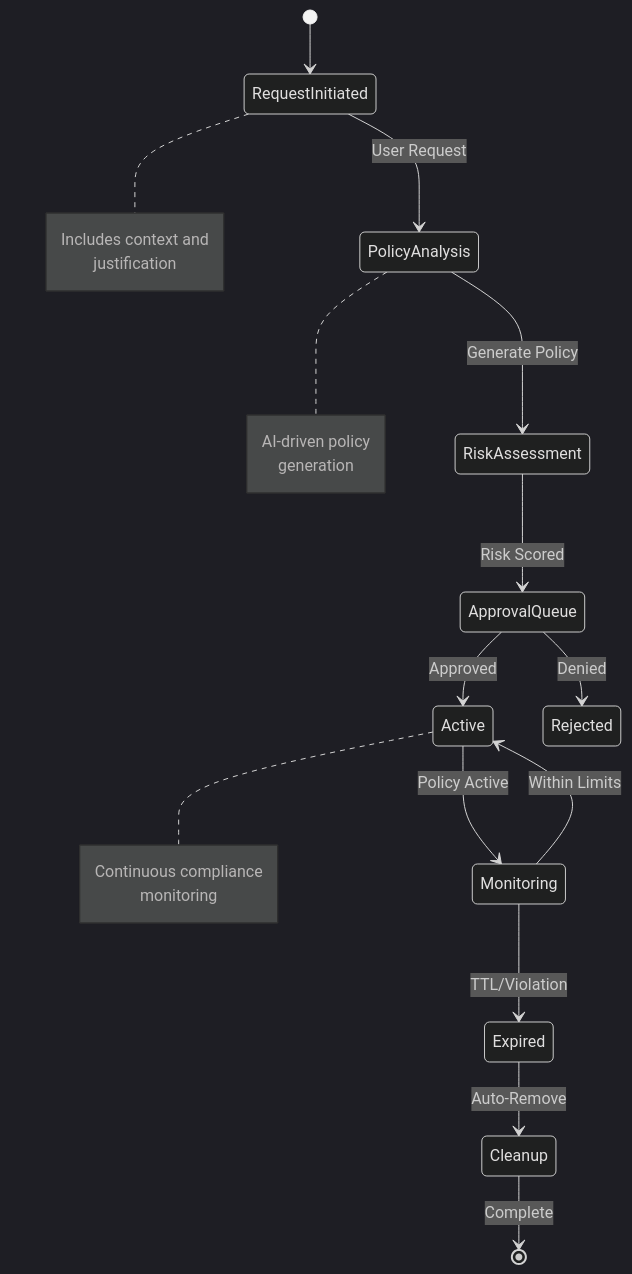
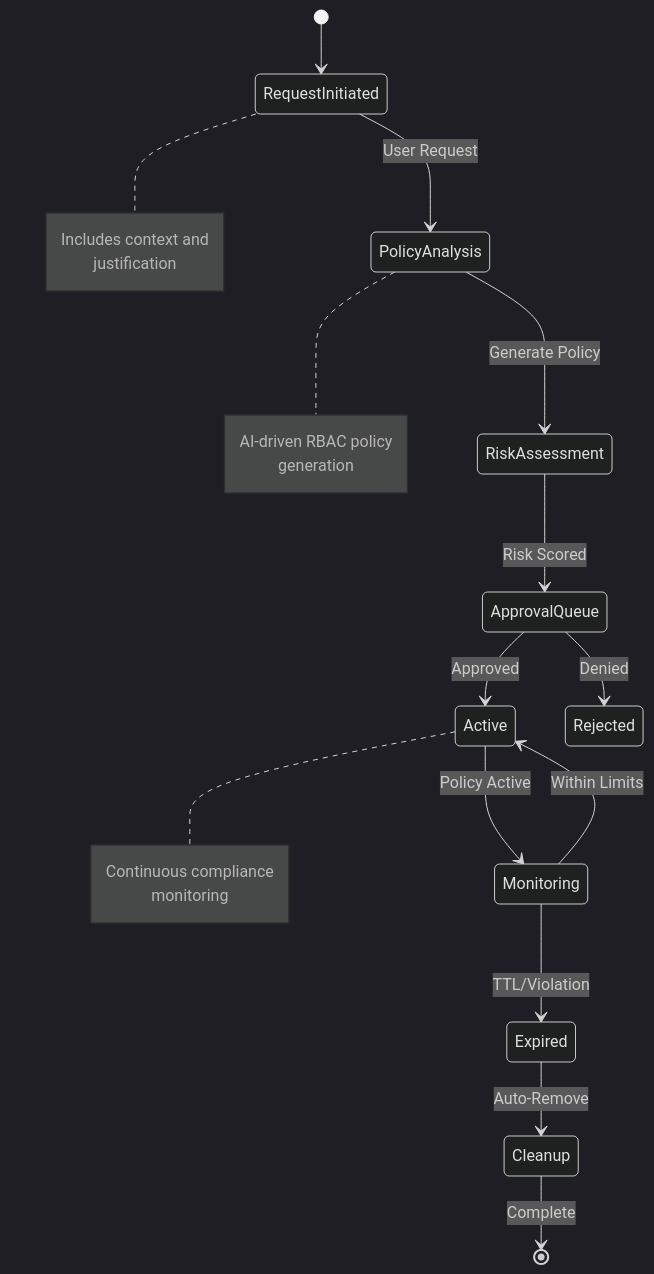
The third of 5 diagrams in kubernetes-jit/terraform/README.md (kubiyabot/terraform-modules), drawn with Mermaid (dark theme) before and after one commit. The commit also changed other lines of this file, not shown here.

````diff
--- a/kubernetes-jit/terraform/README.md
+++ b/kubernetes-jit/terraform/README.md
@@ -122,29 +126,29 @@
 ```mermaid
 stateDiagram-v2
     [*] --> RequestInitiated
     RequestInitiated --> PolicyAnalysis: User Request
     PolicyAnalysis --> RiskAssessment: Generate Policy
     RiskAssessment --> ApprovalQueue: Risk Scored
     ApprovalQueue --> Active: Approved
     ApprovalQueue --> Rejected: Denied
     Active --> Monitoring: Policy Active
     Monitoring --> Active: Within Limits
     Monitoring --> Expired: TTL/Violation
     Expired --> Cleanup: Auto-Remove
     Cleanup --> [*]: Complete
     
     note right of RequestInitiated
         Includes context and
         justification
     end note
     
     note right of PolicyAnalysis
-        AI-driven policy
+        AI-driven RBAC policy
         generation
     end note
     
     note right of Active
         Continuous compliance
         monitoring
     end note
 ```
````
